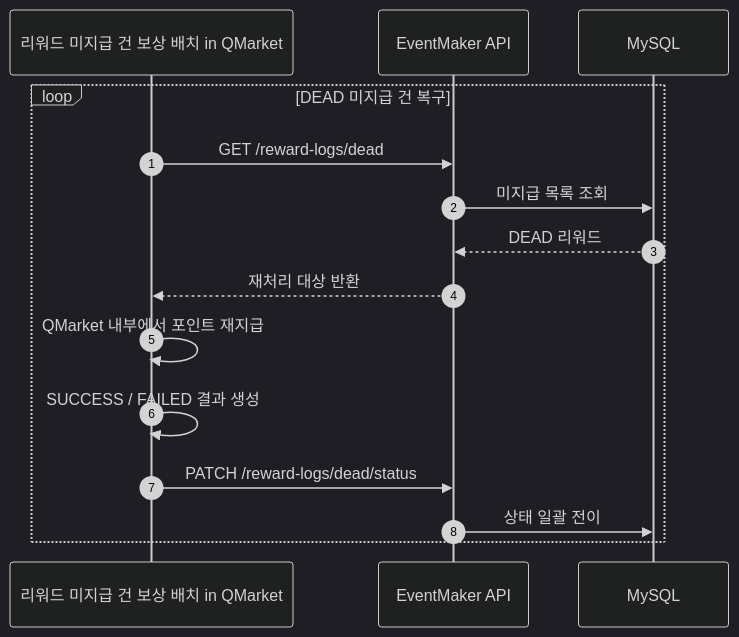
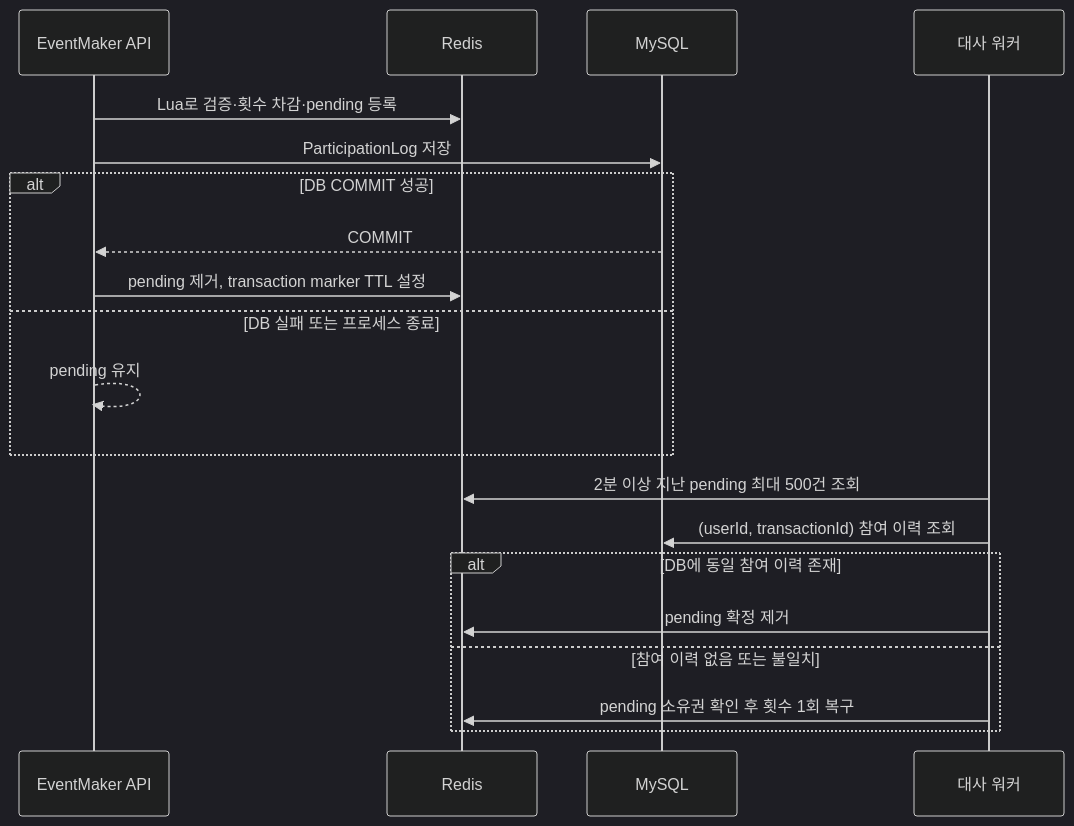
The fourth of 4 diagrams in content/projects/eventmaker.md (maruhxn/portfolio), drawn with Mermaid (dark theme) before and after one commit. The commit also changed other lines of this file and 11 other files, not shown here.

````diff
--- a/content/projects/eventmaker.md
+++ b/content/projects/eventmaker.md
@@ -114,18 +252,24 @@
 ```mermaid
 sequenceDiagram
-    autonumber
-    participant Batch as 리워드 미지급 건 보상 배치 in QMarket
     participant API as EventMaker API
+    participant Redis as Redis
     participant DB as MySQL
+    participant Worker as 대사 워커
 
-    loop DEAD 미지급 건 복구
-        Batch->>API: GET /reward-logs/dead
-        API->>DB: 미지급 목록 조회
-        DB-->>API: DEAD 리워드
-        API-->>Batch: 재처리 대상 반환
-        Batch->>Batch: QMarket 내부에서 포인트 재지급
-        Batch->>Batch: SUCCESS / FAILED 결과 생성
-        Batch->>API: PATCH /reward-logs/dead/status
-        API->>DB: 상태 일괄 전이
+    API->>Redis: Lua로 검증·횟수 차감·pending 등록
+    API->>DB: ParticipationLog 저장
+    alt DB COMMIT 성공
+        DB-->>API: COMMIT
+        API->>Redis: pending 제거, transaction marker TTL 설정
+    else DB 실패 또는 프로세스 종료
+        API-->>API: pending 유지
+    end
+
+    Worker->>Redis: 2분 이상 지난 pending 최대 500건 조회
+    Worker->>DB: (userId, transactionId) 참여 이력 조회
+    alt DB에 동일 참여 이력 존재
+        Worker->>Redis: pending 확정 제거
+    else 참여 이력 없음 또는 불일치
+        Worker->>Redis: pending 소유권 확인 후 횟수 1회 복구
     end
 ```
````
